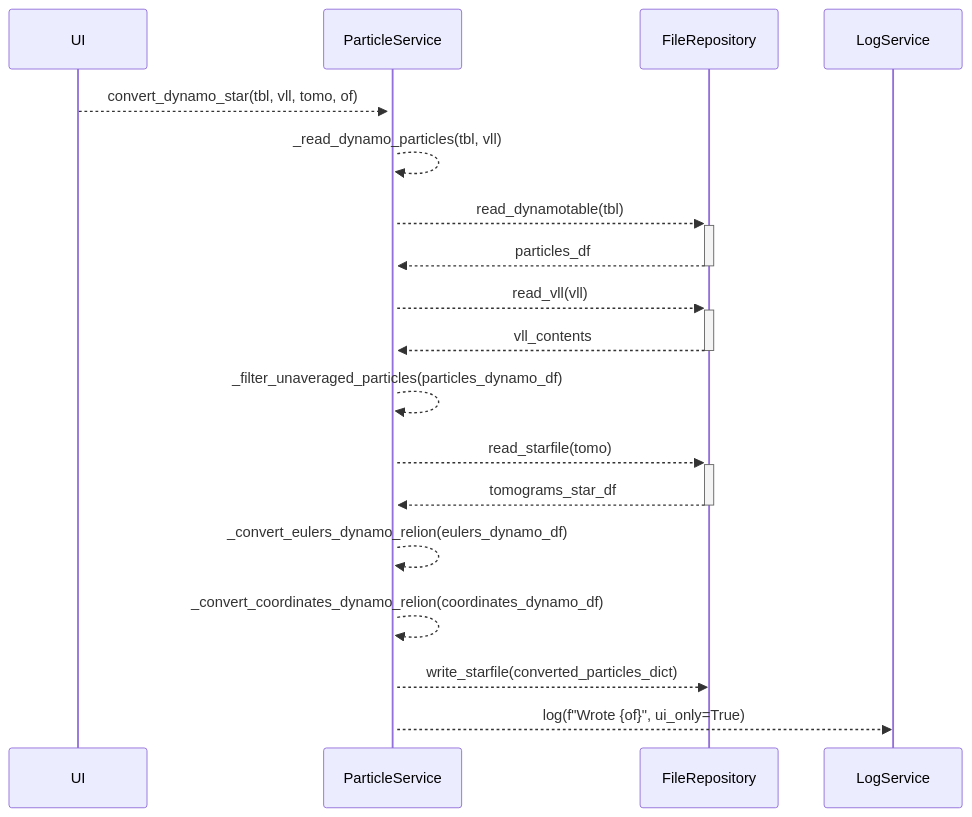
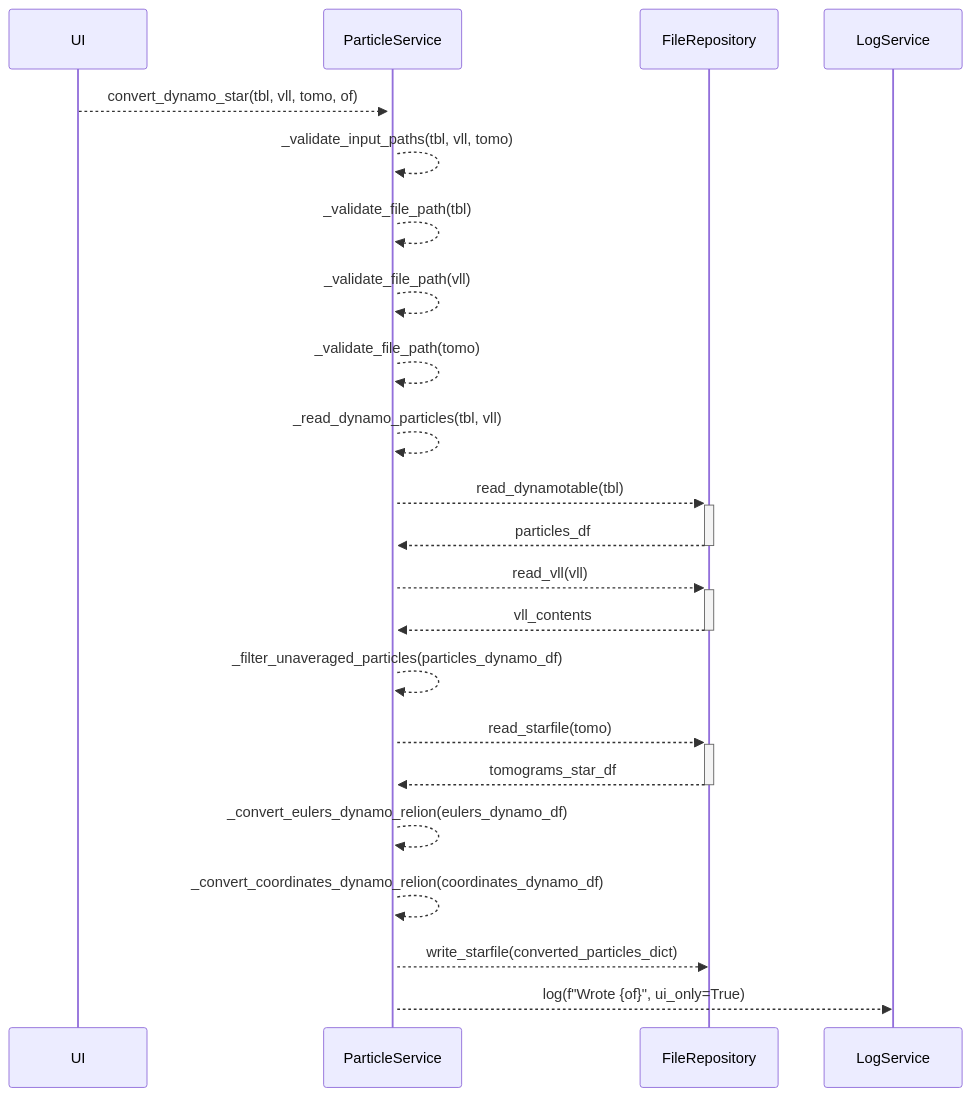
Before and after one commit to lainahai/ot-harjoitustyo: the second of 2 diagrams in dokumentaatio/arkkitehtuuri.md, drawn with Mermaid. The commit also changed other lines of this file and 13 other files, not shown here.

````diff
--- a/dokumentaatio/arkkitehtuuri.md
+++ b/dokumentaatio/arkkitehtuuri.md
@@ -30,21 +52,25 @@
 ```mermaid
 sequenceDiagram
     participant UI
     participant ParticleService
     participant FileRepository
     participant LogService
     UI -->>+ParticleService: convert_dynamo_star(tbl, vll, tomo, of)
+    ParticleService-->>ParticleService: _validate_input_paths(tbl, vll, tomo)
+    ParticleService-->>ParticleService: _validate_file_path(tbl)
+    ParticleService-->>ParticleService: _validate_file_path(vll)
+    ParticleService-->>ParticleService: _validate_file_path(tomo)
     ParticleService-->>ParticleService: _read_dynamo_particles(tbl, vll)
     ParticleService-->>+FileRepository: read_dynamotable(tbl)
     FileRepository-->>-ParticleService: particles_df
     ParticleService-->>+FileRepository: read_vll(vll)
     FileRepository-->>-ParticleService: vll_contents
     ParticleService-->>ParticleService: _filter_unaveraged_particles(particles_dynamo_df)
     ParticleService -->>+FileRepository: read_starfile(tomo)
     FileRepository -->>-ParticleService: tomograms_star_df
     ParticleService-->>ParticleService: _convert_eulers_dynamo_relion(eulers_dynamo_df)
     ParticleService-->>ParticleService: _convert_coordinates_dynamo_relion(coordinates_dynamo_df)
     ParticleService -->>FileRepository: write_starfile(converted_particles_dict)
     ParticleService -->>LogService: log(f"Wrote {of}", ui_only=True)
       
 ```
````
